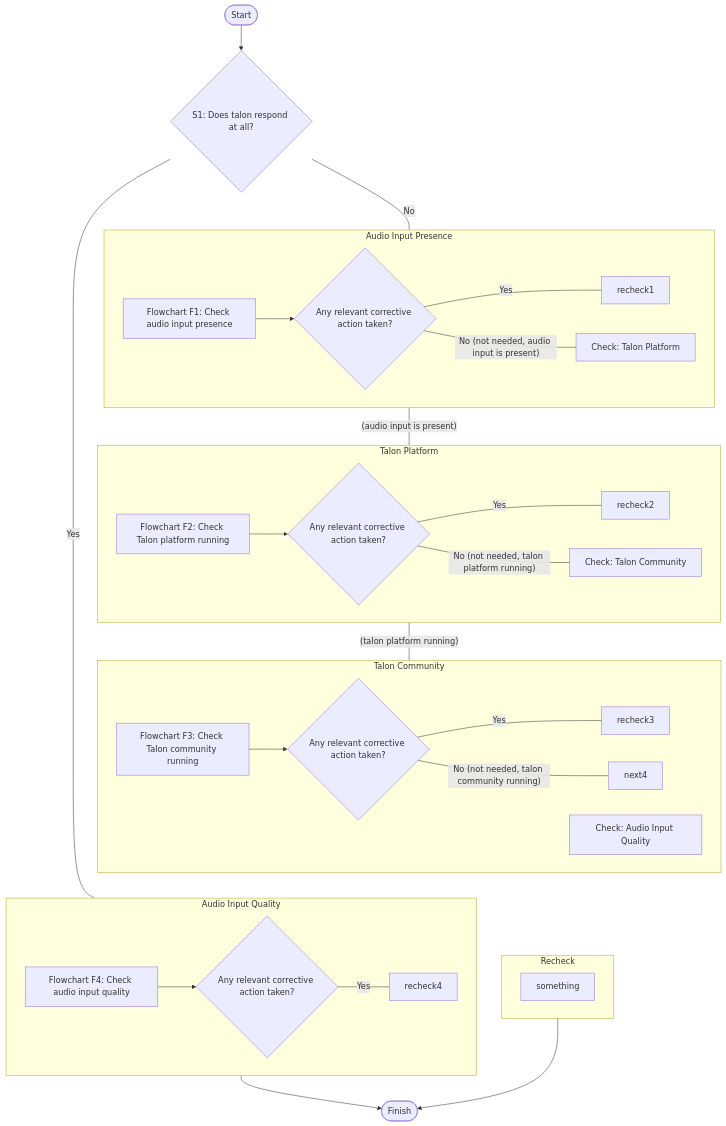
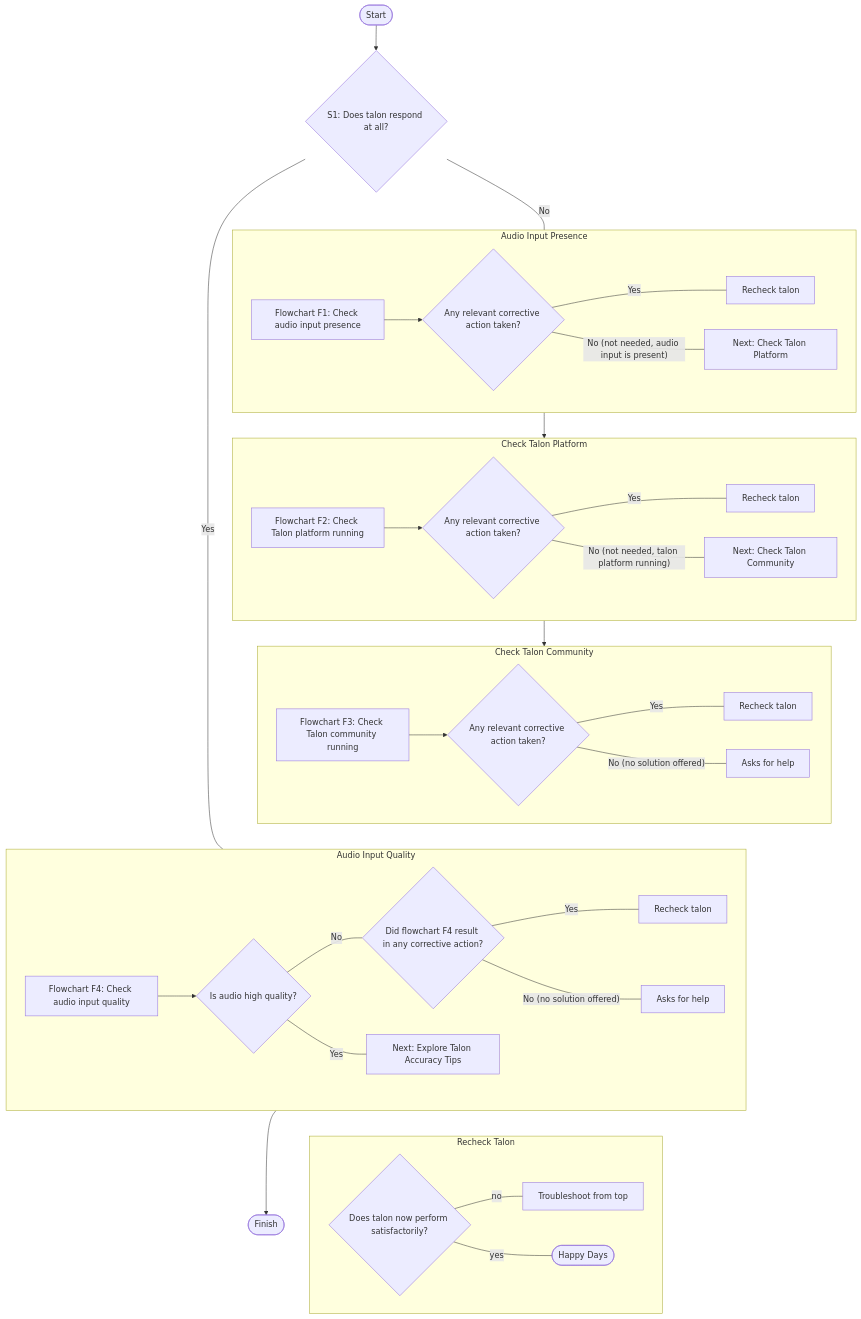
One commit to TalonCommunity/Wiki changed the diagram in docs/Resource Hub/Troubleshooting/basic-issues.md. Above: the diagram before and after it, drawn with Mermaid. The commit also changed other lines of this file and 5 other files, not shown here.

````diff
--- a/docs/Resource Hub/Troubleshooting/basic-issues.md
+++ b/docs/Resource Hub/Troubleshooting/basic-issues.md
@@ -7,56 +7,65 @@
 ```mermaid
 graph TB
     start@{ shape: stadium, label: "Start"}
     start-->S1
 
     S1{S1: Does talon respond at all?}
-    S1-- No ---G1
-    S1-- Yes ---G4
+    S1-- No ---group_audio_presence
+    S1-- Yes ---group_audio_quality
 
-    subgraph G1["Audio Input Presence"]
+    subgraph group_audio_presence["Audio Input Presence"]
         direction LR
         F1A[Flowchart F1: Check audio input presence]
         F1A-->F1B
         F1B{Any relevant corrective action taken?}
-        F1B-- Yes ---recheck1
+        F1B-- Yes ---recheck1[Recheck talon]
         F1B-- No (not needed, audio input is present) ---next1
-        next1[Check: Talon Platform]
+        next1[Next: Check Talon Platform]
     end
-    G1-- (audio input is present) ---G2
+    group_audio_presence-->group_talon_platform
 
-    subgraph G2["Talon Platform"]
+    subgraph group_talon_platform["Check Talon Platform"]
         F2A[Flowchart F2: Check Talon platform running]
         F2A-->F2B
         F2B{Any relevant corrective action taken?}
-        F2B-- Yes ---recheck2
+        F2B-- Yes ---recheck2[Recheck talon]
         F2B-- No (not needed, talon platform running) ---next2
-        next2[Check: Talon Community]
+        next2[Next: Check Talon Community]
     end
-    G2-- (talon platform running) ---G3
+    group_talon_platform-->group_talon_community
 
-    subgraph G3["Talon Community"]
+    subgraph group_talon_community["Check Talon Community"]
         F3A[Flowchart F3: Check Talon community running]
         F3A-->F3B
         F3B{Any relevant corrective action taken?}
-        F3B-- Yes ---recheck3
-        F3B-- No (not needed, talon community running) ---next4
-        next3[Check: Audio Input Quality]
+        F3B-- Yes ---recheck3[Recheck talon]
+        F3B-- No (no solution offered) ---ask_for_help1
+        ask_for_help1[Asks for help]
     end
     %% the following link is "invisible" and is only present for improving the layout %%
-    G3 ~~~ G4
+    group_talon_community ~~~ group_audio_quality
 
-    subgraph G4["Audio Input Quality"]
+    subgraph group_audio_quality["Audio Input Quality"]
         F4A[Flowchart F4: Check audio input quality]
         F4A-->F4B
-        F4B{Any relevant corrective action taken?}
-        F4B-- Yes ---recheck4
+        F4B{Is audio high quality?}
+        F4C{Did flowchart F4 result in any corrective action?}
+        F4C-- Yes ---recheck4[Recheck talon]
+        F4C-- No (no solution offered) ---ask_for_help2
+        ask_for_help2[Asks for help]
+        F4B-- Yes ---talon_accuracy[Next: Explore Talon Accuracy Tips]
+        F4B-- No ---F4C
     end
-    G4-->finish
+    group_audio_quality-->finish
+    group_audio_quality ~~~ group_recheck_talon
 
-    subgraph G5["Recheck"]
-        something
+    subgraph group_recheck_talon["Recheck Talon"]
+        test{Does talon now perform satisfactorily?}
+        test-- no ---restart
+        test-- yes ---happy_days
+        restart[Troubleshoot from top]
+        happy_days@{ shape: stadium, label: "Happy Days"}
     end
-    G5-->finish
 
     finish@{ shape: stadium, label: "Finish"}
 ```
````
